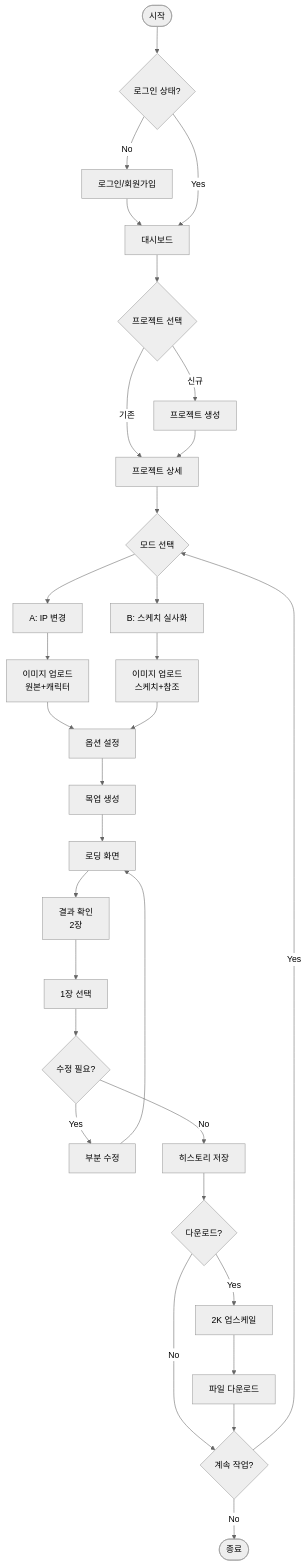
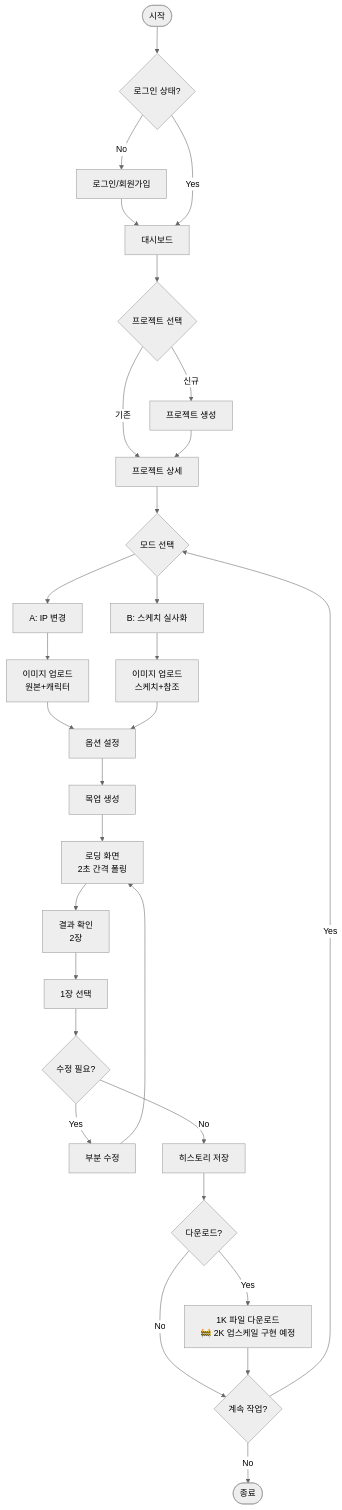
The first of 11 diagrams in docs/USER_JOURNEY.md (sangwopark19/icons-ai-mockup), drawn with Mermaid (neutral theme) before and after one commit. The commit also changed other lines of this file and 7 other files, not shown here.

````diff
--- a/docs/USER_JOURNEY.md
+++ b/docs/USER_JOURNEY.md
@@ -18,42 +19,41 @@
 ```mermaid
 flowchart TB
     Start([시작]) --> Auth{로그인 상태?}
     Auth -->|No| Login[로그인/회원가입]
     Login --> Dashboard
     Auth -->|Yes| Dashboard[대시보드]
     
     Dashboard --> SelectProject{프로젝트 선택}
     SelectProject -->|기존| ProjectDetail[프로젝트 상세]
     SelectProject -->|신규| CreateProject[프로젝트 생성]
     CreateProject --> ProjectDetail
     
     ProjectDetail --> SelectMode{모드 선택}
     SelectMode --> ModeA[A: IP 변경]
     SelectMode --> ModeB[B: 스케치 실사화]
     
     ModeA --> UploadA[이미지 업로드<br/>원본+캐릭터]
     ModeB --> UploadB[이미지 업로드<br/>스케치+참조]
     
     UploadA --> SetOptions[옵션 설정]
     UploadB --> SetOptions
     
     SetOptions --> Generate[목업 생성]
-    Generate --> Loading[로딩 화면]
+    Generate --> Loading[로딩 화면<br/>2초 간격 폴링]
     Loading --> Result[결과 확인<br/>2장]
     
     Result --> SelectOne[1장 선택]
     SelectOne --> NeedEdit{수정 필요?}
     
     NeedEdit -->|Yes| PartialEdit[부분 수정]
     PartialEdit --> Loading
     NeedEdit -->|No| Save[히스토리 저장]
     
     Save --> Download{다운로드?}
-    Download -->|Yes| Upscale[2K 업스케일]
-    Upscale --> DownloadFile[파일 다운로드]
+    Download -->|Yes| DownloadFile[1K 파일 다운로드<br/>🚧 2K 업스케일 구현 예정]
     Download -->|No| Continue{계속 작업?}
     DownloadFile --> Continue
     
     Continue -->|Yes| SelectMode
     Continue -->|No| End([종료])
 ```
````
